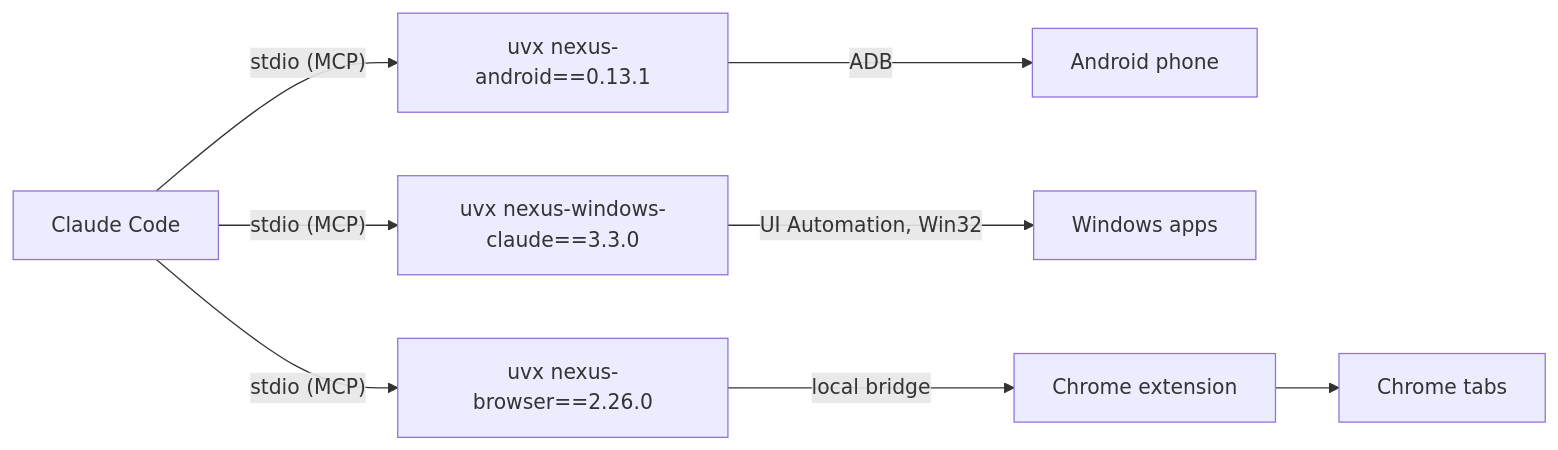
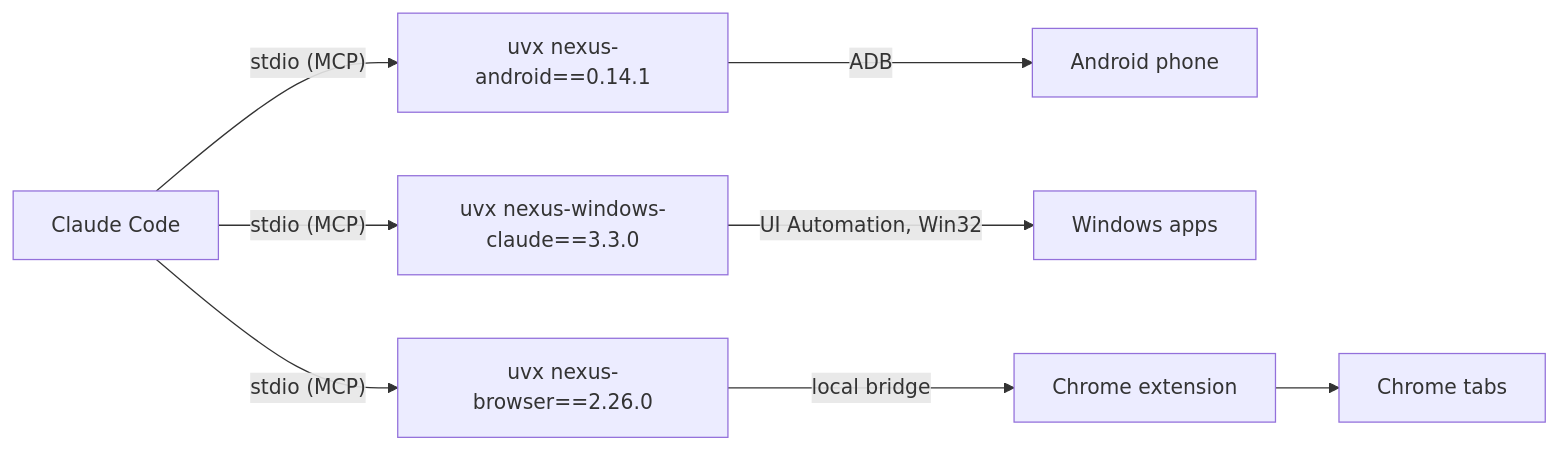
The diagram in README.md (pironjulien/NexusSystem), drawn with Mermaid before and after one commit. The commit also changed 11 other files, not shown here.

Commit message:
Update to 1.6.11: nexus-android 0.14.1

````diff
--- a/README.md
+++ b/README.md
@@ -122,6 +122,6 @@
 ```mermaid
 flowchart LR
-    C["Claude Code"] -- "stdio (MCP)" --> A["uvx nexus-android==0.13.1"] -- ADB --> P["Android phone"]
+    C["Claude Code"] -- "stdio (MCP)" --> A["uvx nexus-android==0.14.1"] -- ADB --> P["Android phone"]
     C -- "stdio (MCP)" --> W["uvx nexus-windows-claude==3.3.0"] -- "UI Automation, Win32" --> D["Windows apps"]
     C -- "stdio (MCP)" --> B["uvx nexus-browser==2.26.0"] -- "local bridge" --> E["Chrome extension"] --> T["Chrome tabs"]
 ```
````
